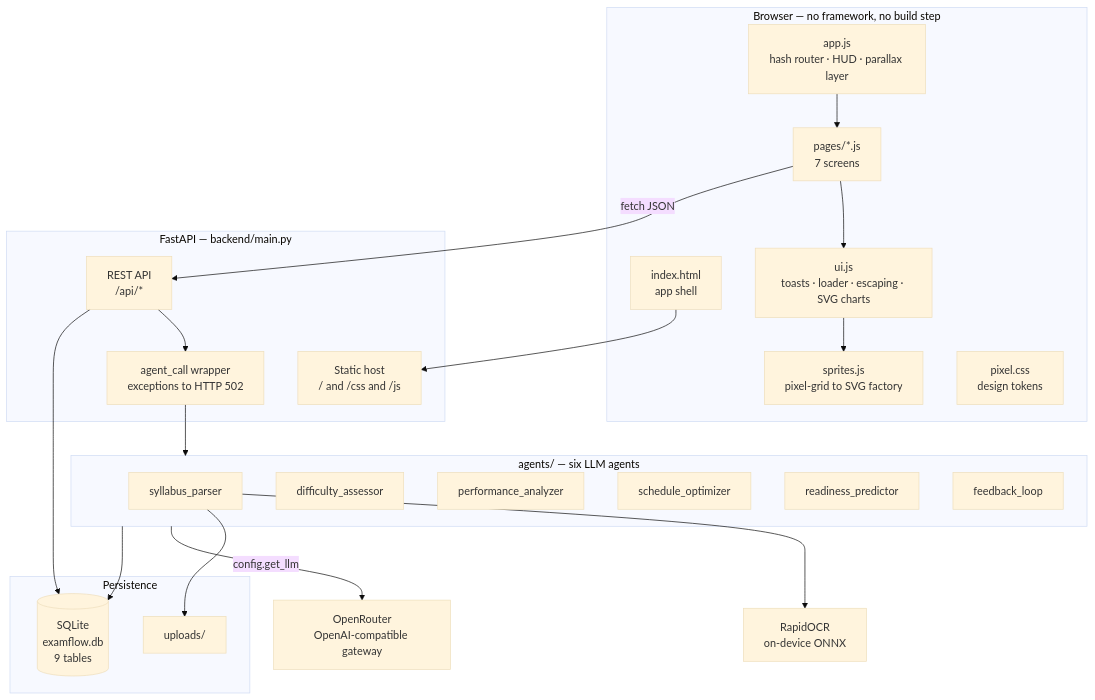
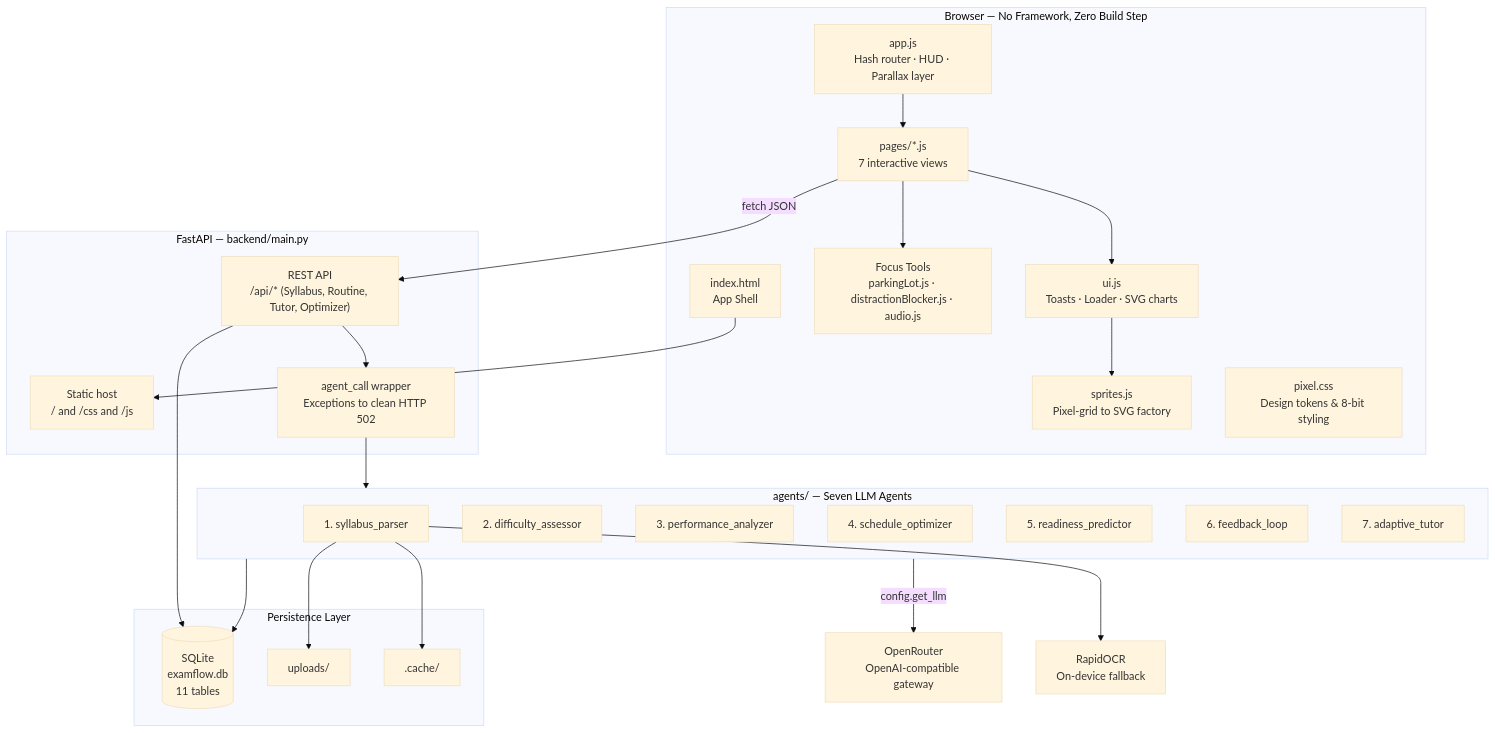
Before and after one commit to Ramcharan-Tej-S/SADHANA1.0: the first of 6 diagrams in README.md, drawn with Mermaid (base theme). The commit also changed other lines of this file, not shown here.

````diff
--- a/README.md
+++ b/README.md
@@ -111,47 +117,53 @@
 ```mermaid
 graph TB
-    subgraph Browser["Browser — no framework, no build step"]
-        HTML["index.html<br/>app shell"]
-        Router["app.js<br/>hash router · HUD · parallax layer"]
-        Pages["pages/*.js<br/>7 screens"]
-        Kit["ui.js<br/>toasts · loader · escaping · SVG charts"]
-        Sprites["sprites.js<br/>pixel-grid to SVG factory"]
-        CSS["pixel.css<br/>design tokens"]
+    subgraph Browser["Browser — No Framework, Zero Build Step"]
+        HTML["index.html<br/>App Shell"]
+        Router["app.js<br/>Hash router · HUD · Parallax layer"]
+        Pages["pages/*.js<br/>7 interactive views"]
+        ADHD["Focus Tools<br/>parkingLot.js · distractionBlocker.js · audio.js"]
+        Kit["ui.js<br/>Toasts · Loader · SVG charts"]
+        Sprites["sprites.js<br/>Pixel-grid to SVG factory"]
+        CSS["pixel.css<br/>Design tokens & 8-bit styling"]
+
         Router --> Pages
+        Pages --> ADHD
         Pages --> Kit
         Kit --> Sprites
     end
 
     subgraph Server["FastAPI — backend/main.py"]
         Static["Static host<br/>/ and /css and /js"]
-        REST["REST API<br/>/api/*"]
-        Guard["agent_call wrapper<br/>exceptions to HTTP 502"]
+        REST["REST API<br/>/api/* (Syllabus, Routine, Tutor, Optimizer)"]
+        Guard["agent_call wrapper<br/>Exceptions to clean HTTP 502"]
         REST --> Guard
     end
 
-    subgraph Agents["agents/ — six LLM agents"]
-        A1["syllabus_parser"]
-        A2["difficulty_assessor"]
-        A3["performance_analyzer"]
-        A4["schedule_optimizer"]
-        A5["readiness_predictor"]
-        A6["feedback_loop"]
+    subgraph Agents["agents/ — Seven LLM Agents"]
+        A1["1. syllabus_parser"]
+        A2["2. difficulty_assessor"]
+        A3["3. performance_analyzer"]
+        A4["4. schedule_optimizer"]
+        A5["5. readiness_predictor"]
+        A6["6. feedback_loop"]
+        A7["7. adaptive_tutor"]
     end
 
-    subgraph Data["Persistence"]
-        DB[("SQLite<br/>examflow.db<br/>9 tables")]
+    subgraph Data["Persistence Layer"]
+        DB[("SQLite<br/>examflow.db<br/>11 tables")]
         Files["uploads/"]
+        Cache[".cache/"]
     end
 
     LLM["OpenRouter<br/>OpenAI-compatible gateway"]
-    OCR["RapidOCR<br/>on-device ONNX"]
+    OCR["RapidOCR<br/>On-device fallback"]
 
     Pages -->|"fetch JSON"| REST
     HTML --> Static
     Guard --> Agents
     Agents -->|"config.get_llm"| LLM
     A1 --> OCR
     Agents --> DB
     REST --> DB
     A1 --> Files
+    A1 --> Cache
 ```
````
